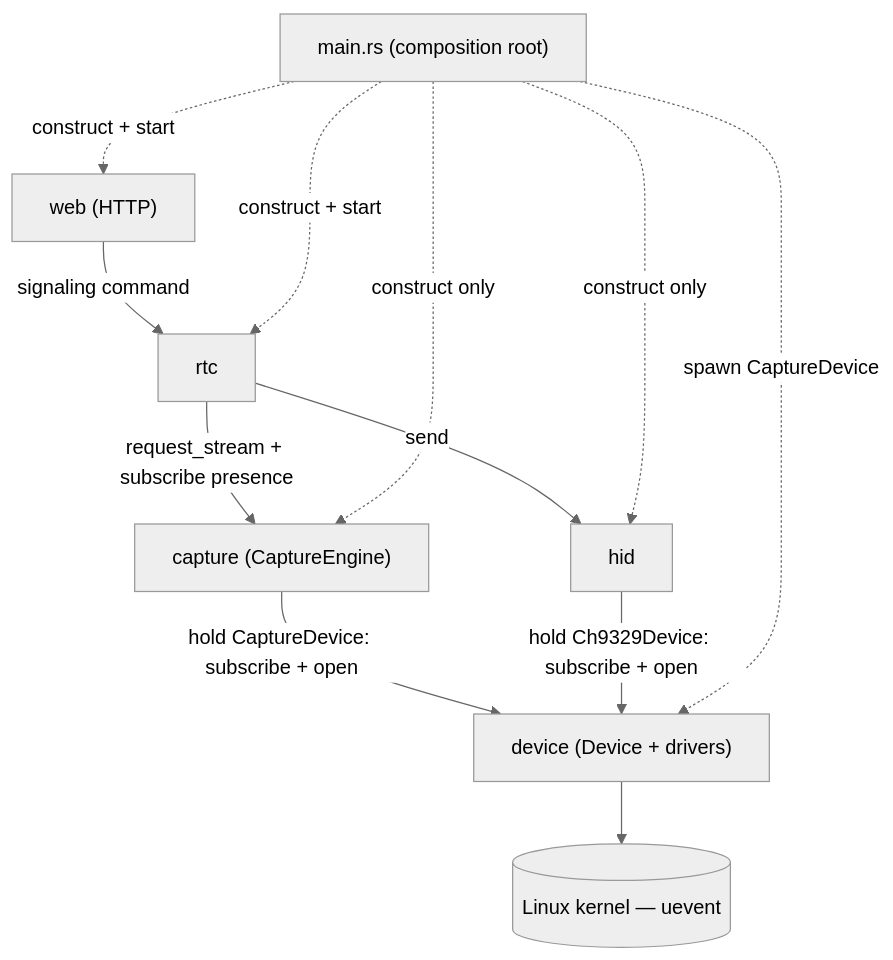
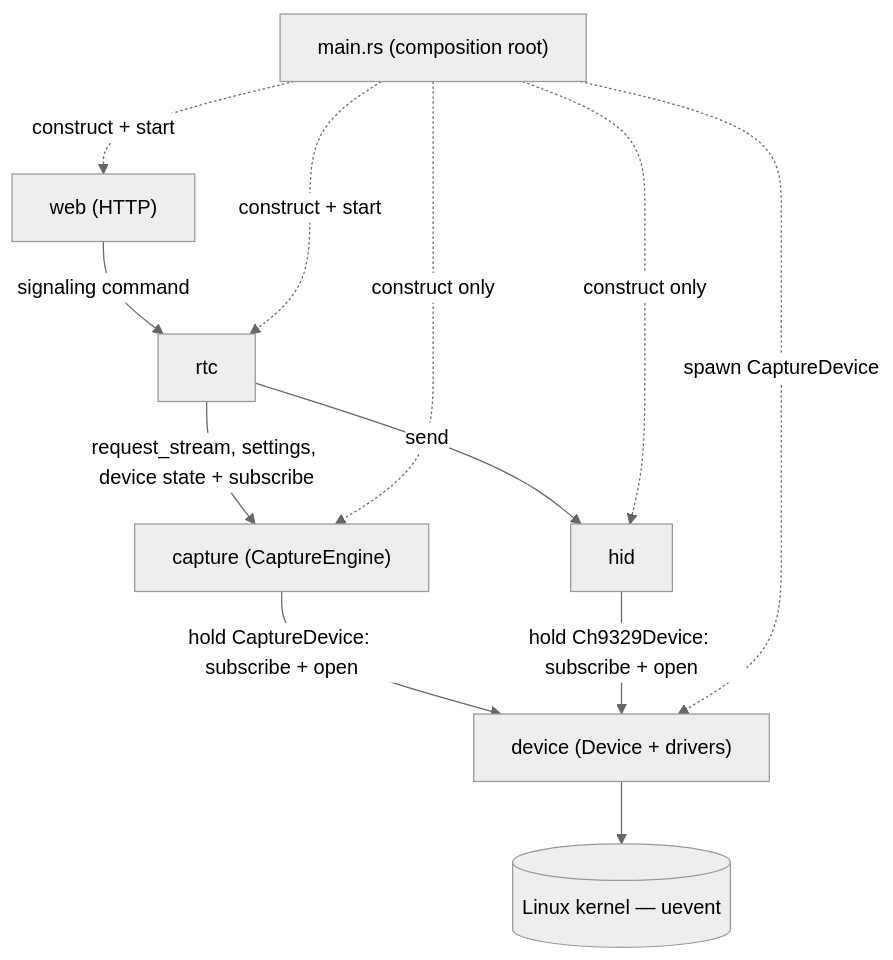
Before and after one commit to siammridha/simple_kvm: the diagram in docs/ARCHITECTURE.md, drawn with Mermaid (neutral theme). The commit also changed other lines of this file and 7 other files, not shown here.

````diff
--- a/docs/ARCHITECTURE.md
+++ b/docs/ARCHITECTURE.md
@@ -112,23 +114,23 @@
 ```mermaid
 graph TD
     main["main.rs (composition root)"]
     device["device (Device<D> + drivers)"]
     capture["capture (CaptureEngine)"]
     hid["hid"]
     rtc["rtc"]
     web["web (HTTP)"]
     kernel[("Linux kernel — uevent")]
 
     device --> kernel
     capture -->|hold CaptureDevice: subscribe + open| device
     hid -->|hold Ch9329Device: subscribe + open| device
-    rtc -->|request_stream + subscribe presence| capture
+    rtc -->|request_stream, settings, device state + subscribe| capture
     rtc -->|send| hid
     web -->|signaling command| rtc
 
     main -. spawn CaptureDevice .-> device
     main -. construct + start .-> rtc
     main -. construct + start .-> web
     main -. construct only .-> capture
     main -. construct only .-> hid
 ```
````
